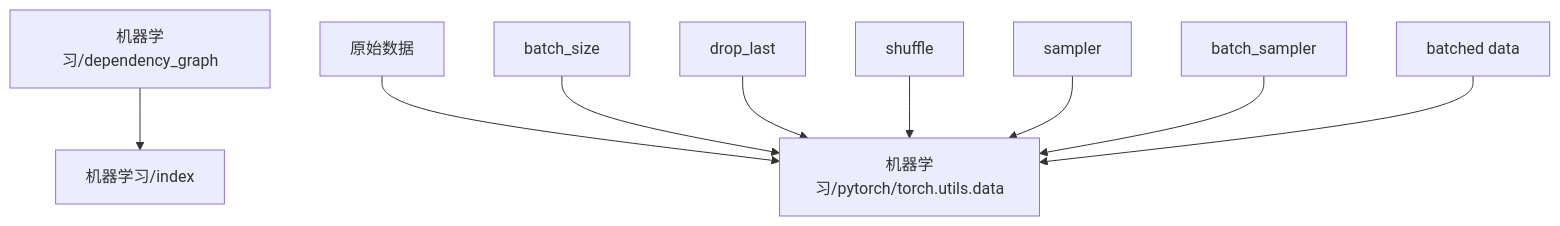
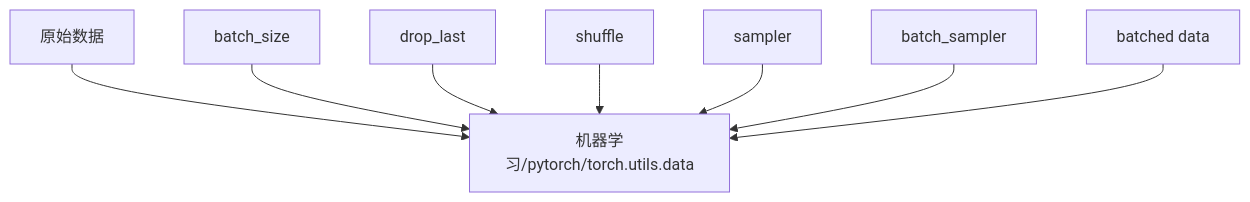
One commit to zeroDtree/zeroDtree.github.io changed the diagram in content/机器学习/dependency_graph.md. Above: the diagram before and after it, drawn with Mermaid. The commit also changed 17 other files, not shown here.

````diff
--- a/content/机器学习/dependency_graph.md
+++ b/content/机器学习/dependency_graph.md
@@ -1,11 +1,10 @@
 ```mermaid
 graph TD
-1["机器学习/dependency_graph"] --> 0["机器学习/index"]
-3["原始数据"] --> 2["机器学习/pytorch/torch.utils.data"]
-4["batch_size"] --> 2["机器学习/pytorch/torch.utils.data"]
-5["drop_last"] --> 2["机器学习/pytorch/torch.utils.data"]
-6["shuffle"] --> 2["机器学习/pytorch/torch.utils.data"]
-7["sampler"] --> 2["机器学习/pytorch/torch.utils.data"]
-8["batch_sampler"] --> 2["机器学习/pytorch/torch.utils.data"]
-9["batched data"] --> 2["机器学习/pytorch/torch.utils.data"]
+2["原始数据"] --> 1["机器学习/pytorch/torch.utils.data"]
+3["batch_size"] --> 1["机器学习/pytorch/torch.utils.data"]
+4["drop_last"] --> 1["机器学习/pytorch/torch.utils.data"]
+5["shuffle"] --> 1["机器学习/pytorch/torch.utils.data"]
+6["sampler"] --> 1["机器学习/pytorch/torch.utils.data"]
+7["batch_sampler"] --> 1["机器学习/pytorch/torch.utils.data"]
+8["batched data"] --> 1["机器学习/pytorch/torch.utils.data"]
 ```
````
